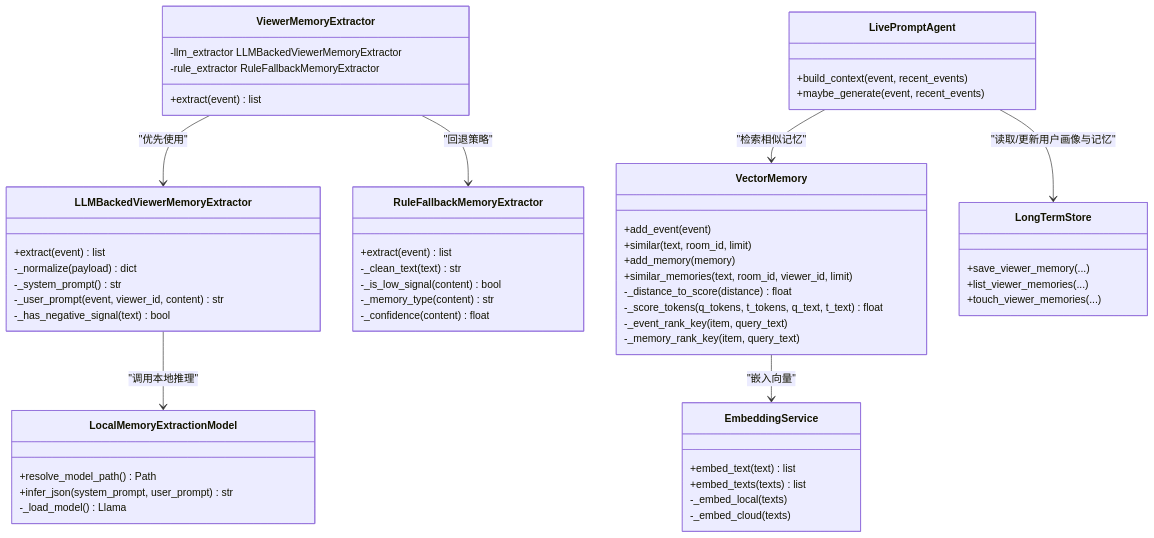
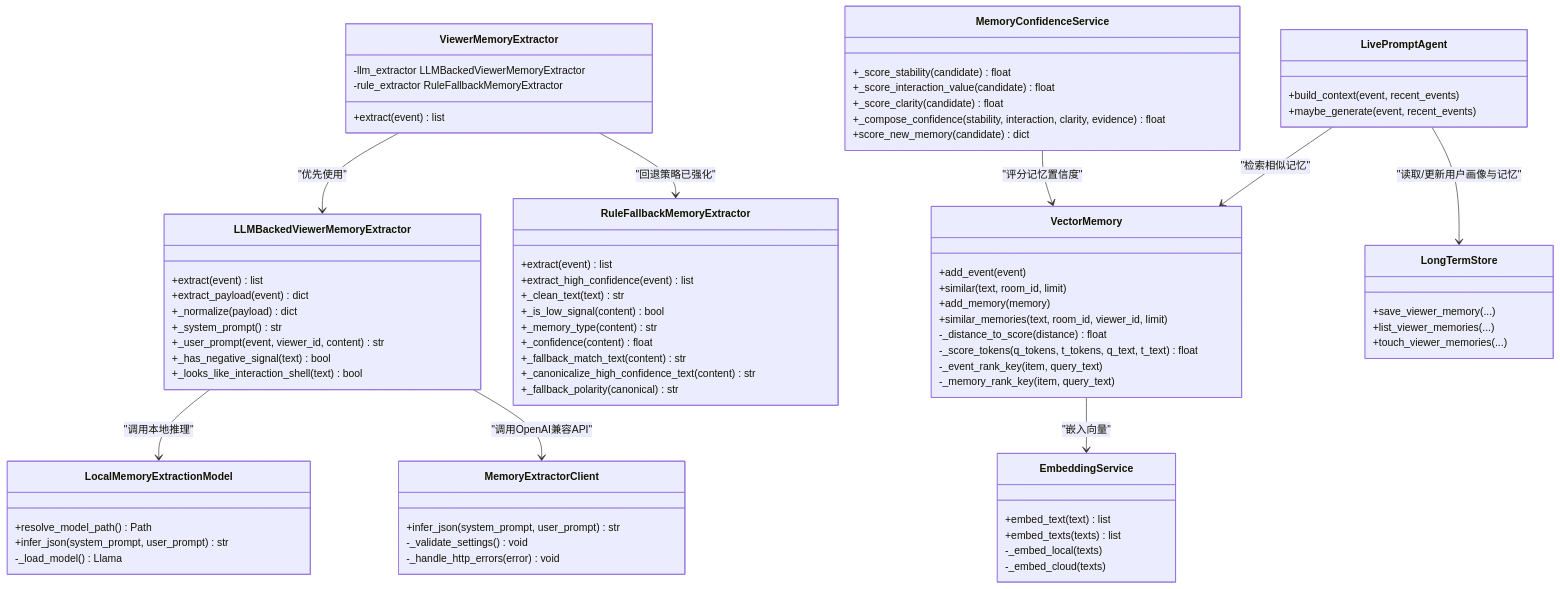
The seventh of 7 diagrams in .qoder/repowiki/zh/content/后端服务/智能提词引擎/记忆提取器.md (Moon-Force/DouYin_llm), drawn with Mermaid before and after one commit. The commit also changed other lines of this file and 34 other files, not shown here.

````diff
--- a/.qoder/repowiki/zh/content/后端服务/智能提词引擎/记忆提取器.md
+++ b/.qoder/repowiki/zh/content/后端服务/智能提词引擎/记忆提取器.md
@@ -378,58 +528,78 @@
 ```mermaid
 classDiagram
 class ViewerMemoryExtractor {
 +extract(event) list
 -llm_extractor LLMBackedViewerMemoryExtractor
 -rule_extractor RuleFallbackMemoryExtractor
 }
 class LLMBackedViewerMemoryExtractor {
 +extract(event) list
--_normalize(payload) dict
--_system_prompt() str
--_user_prompt(event, viewer_id, content) str
--_has_negative_signal(text) bool
++extract_payload(event) dict
++_normalize(payload) dict
++_system_prompt() str
++_user_prompt(event, viewer_id, content) str
++_has_negative_signal(text) bool
++_looks_like_interaction_shell(text) bool
 }
 class LocalMemoryExtractionModel {
 +resolve_model_path() Path
 +infer_json(system_prompt, user_prompt) str
 -_load_model() Llama
 }
+class MemoryExtractorClient {
++infer_json(system_prompt, user_prompt) str
+-_validate_settings() void
+-_handle_http_errors(error) void
+}
 class RuleFallbackMemoryExtractor {
 +extract(event) list
--_clean_text(text) str
--_is_low_signal(content) bool
--_memory_type(content) str
--_confidence(content) float
++extract_high_confidence(event) list
++_clean_text(text) str
++_is_low_signal(content) bool
++_memory_type(content) str
++_confidence(content) float
++_fallback_match_text(content) str
++_canonicalize_high_confidence_text(content) str
++_fallback_polarity(canonical) str
+}
+class MemoryConfidenceService {
++_score_stability(candidate) float
++_score_interaction_value(candidate) float
++_score_clarity(candidate) float
++_compose_confidence(stability, interaction, clarity, evidence) float
++score_new_memory(candidate) dict
 }
 class VectorMemory {
 +add_event(event)
 +similar(text, room_id, limit)
 +add_memory(memory)
 +similar_memories(text, room_id, viewer_id, limit)
 -_distance_to_score(distance) float
 -_score_tokens(q_tokens, t_tokens, q_text, t_text) float
 -_event_rank_key(item, query_text)
 -_memory_rank_key(item, query_text)
 }
 class EmbeddingService {
 +embed_text(text) list
 +embed_texts(texts) list
 -_embed_local(texts)
 -_embed_cloud(texts)
 }
 class LongTermStore {
 +save_viewer_memory(...)
 +list_viewer_memories(...)
 +touch_viewer_memories(...)
 }
 class LivePromptAgent {
 +build_context(event, recent_events)
 +maybe_generate(event, recent_events)
 }
 ViewerMemoryExtractor --> LLMBackedViewerMemoryExtractor : "优先使用"
-ViewerMemoryExtractor --> RuleFallbackMemoryExtractor : "回退策略"
+ViewerMemoryExtractor --> RuleFallbackMemoryExtractor : "回退策略已强化"
 LLMBackedViewerMemoryExtractor --> LocalMemoryExtractionModel : "调用本地推理"
+LLMBackedViewerMemoryExtractor --> MemoryExtractorClient : "调用OpenAI兼容API"
 LivePromptAgent --> VectorMemory : "检索相似记忆"
 VectorMemory --> EmbeddingService : "嵌入向量"
 LivePromptAgent --> LongTermStore : "读取/更新用户画像与记忆"
+MemoryConfidenceService --> VectorMemory : "评分记忆置信度"
 ```
````
